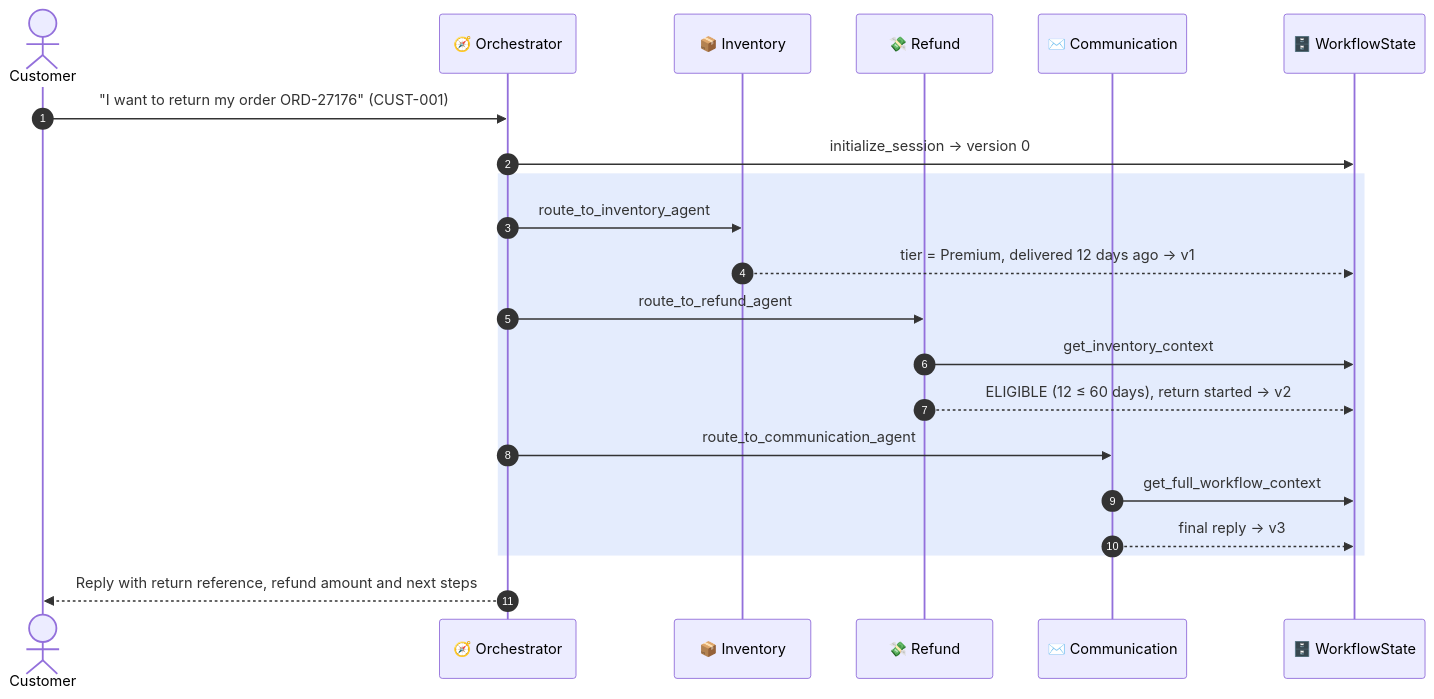
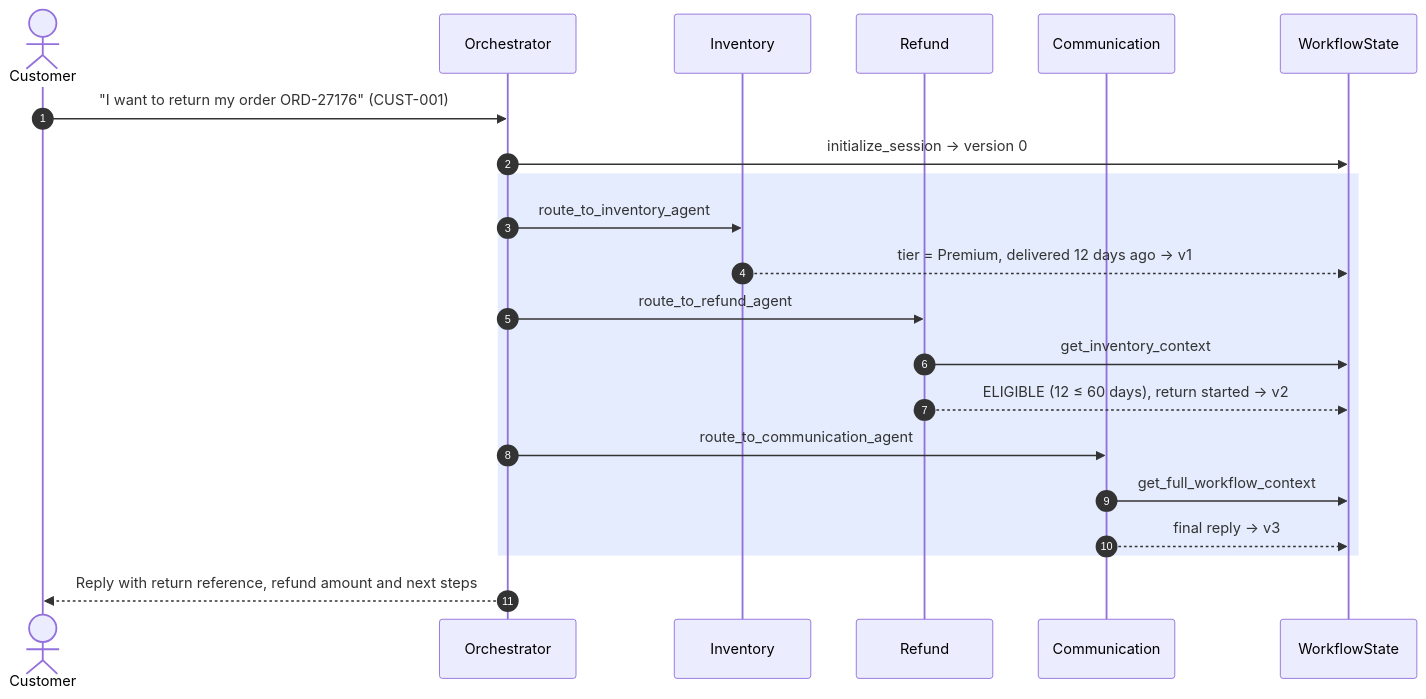
Before and after one commit to kishiagaytano/caserelay-agentcore: the second of 2 diagrams in README.md, drawn with Mermaid. The commit also changed other lines of this file, not shown here.

````diff
--- a/README.md
+++ b/README.md
@@ -114,24 +116,24 @@
 ```mermaid
 sequenceDiagram
     autonumber
     actor C as Customer
-    participant O as 🧭 Orchestrator
-    participant I as 📦 Inventory
-    participant R as 💸 Refund
-    participant M as ✉️ Communication
-    participant W as 🗄️ WorkflowState
+    participant O as Orchestrator
+    participant I as Inventory
+    participant R as Refund
+    participant M as Communication
+    participant W as WorkflowState
 
     C->>O: "I want to return my order ORD-27176" (CUST-001)
     O->>W: initialize_session → version 0
     rect rgba(37, 99, 235, 0.12)
     O->>I: route_to_inventory_agent
     I-->>W: tier = Premium, delivered 12 days ago → v1
     O->>R: route_to_refund_agent
     R->>W: get_inventory_context
     R-->>W: ELIGIBLE (12 ≤ 60 days), return started → v2
     O->>M: route_to_communication_agent
     M->>W: get_full_workflow_context
     M-->>W: final reply → v3
     end
     O-->>C: Reply with return reference, refund amount and next steps
 ```
````
